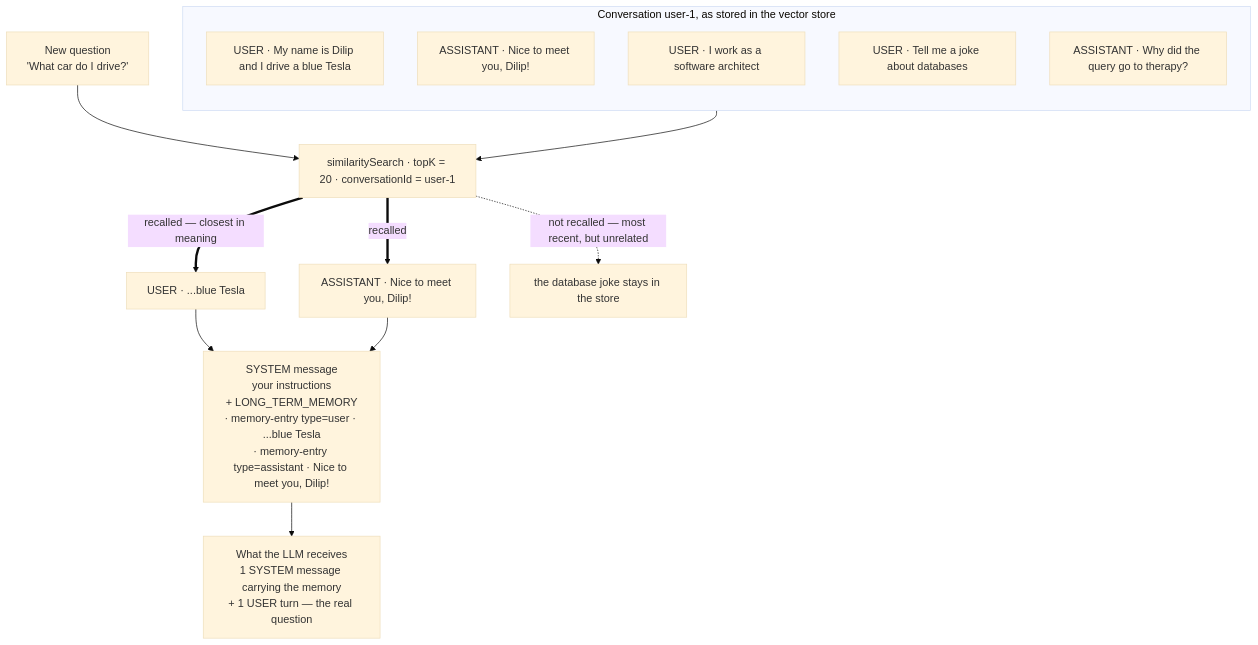
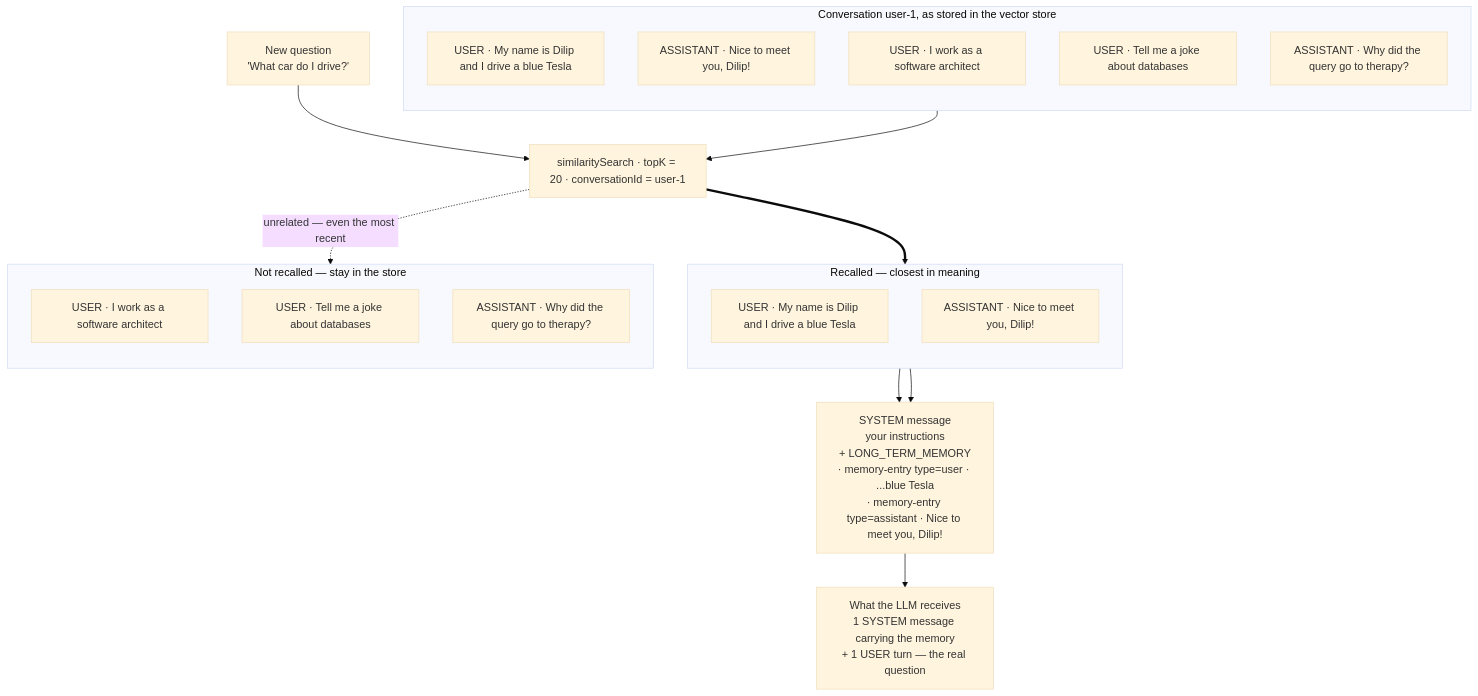
The tenth of 11 diagrams in chat-memory/README.md (dilipsundarraj1/spring-ai), drawn with Mermaid (base theme) before and after one commit. The commit also changed other lines of this file and 1 other file, not shown here.

Commit message:
enhance README and update VectorStoreChatMemoryController; add recall and clear endpoint sections, clarify assistant behavior, and modify default system message tone

````diff
--- a/chat-memory/README.md
+++ b/chat-memory/README.md
@@ -1313,24 +1314,36 @@
 ```mermaid
 flowchart TB
     Q["New question<br/>'What car do I drive?'"]
 
     subgraph CONV["Conversation user-1, as stored in the vector store"]
         direction TB
         M1["USER · My name is Dilip and I drive a blue Tesla"]
         M2["ASSISTANT · Nice to meet you, Dilip!"]
         M3["USER · I work as a software architect"]
         M4["USER · Tell me a joke about databases"]
         M5["ASSISTANT · Why did the query go to therapy?"]
     end
 
     Q --> SEARCH["similaritySearch · topK = 20 · conversationId = user-1"]
     CONV --> SEARCH
 
-    SEARCH == "recalled — closest in meaning" ==> H1["USER · ...blue Tesla"]
-    SEARCH == "recalled" ==> H2["ASSISTANT · Nice to meet you, Dilip!"]
-    SEARCH -. "not recalled — most recent, but unrelated" .-> H3["the database joke stays in the store"]
+    subgraph HIT["Recalled — closest in meaning"]
+        direction TB
+        H1["USER · My name is Dilip and I drive a blue Tesla"]
+        H2["ASSISTANT · Nice to meet you, Dilip!"]
+    end
+
+    subgraph MISS["Not recalled — stay in the store"]
+        direction TB
+        X1["USER · I work as a software architect"]
+        X2["USER · Tell me a joke about databases"]
+        X3["ASSISTANT · Why did the query go to therapy?"]
+    end
+
+    SEARCH ==> HIT
+    SEARCH -. "unrelated — even the most recent" .-> MISS
 
     H1 --> SYS["SYSTEM message<br/>your instructions<br/>+ LONG_TERM_MEMORY<br/>· memory-entry type=user · ...blue Tesla<br/>· memory-entry type=assistant · Nice to meet you, Dilip!"]
     H2 --> SYS
     SYS --> LLM["What the LLM receives<br/>1 SYSTEM message carrying the memory<br/>+ 1 USER turn — the real question"]
 ```
````
